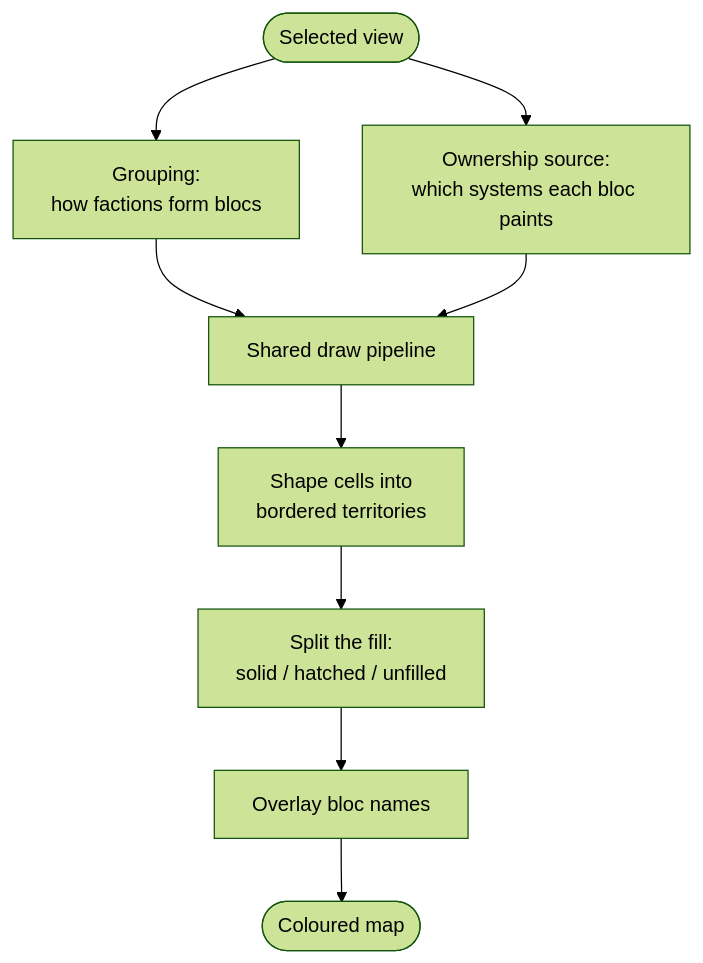
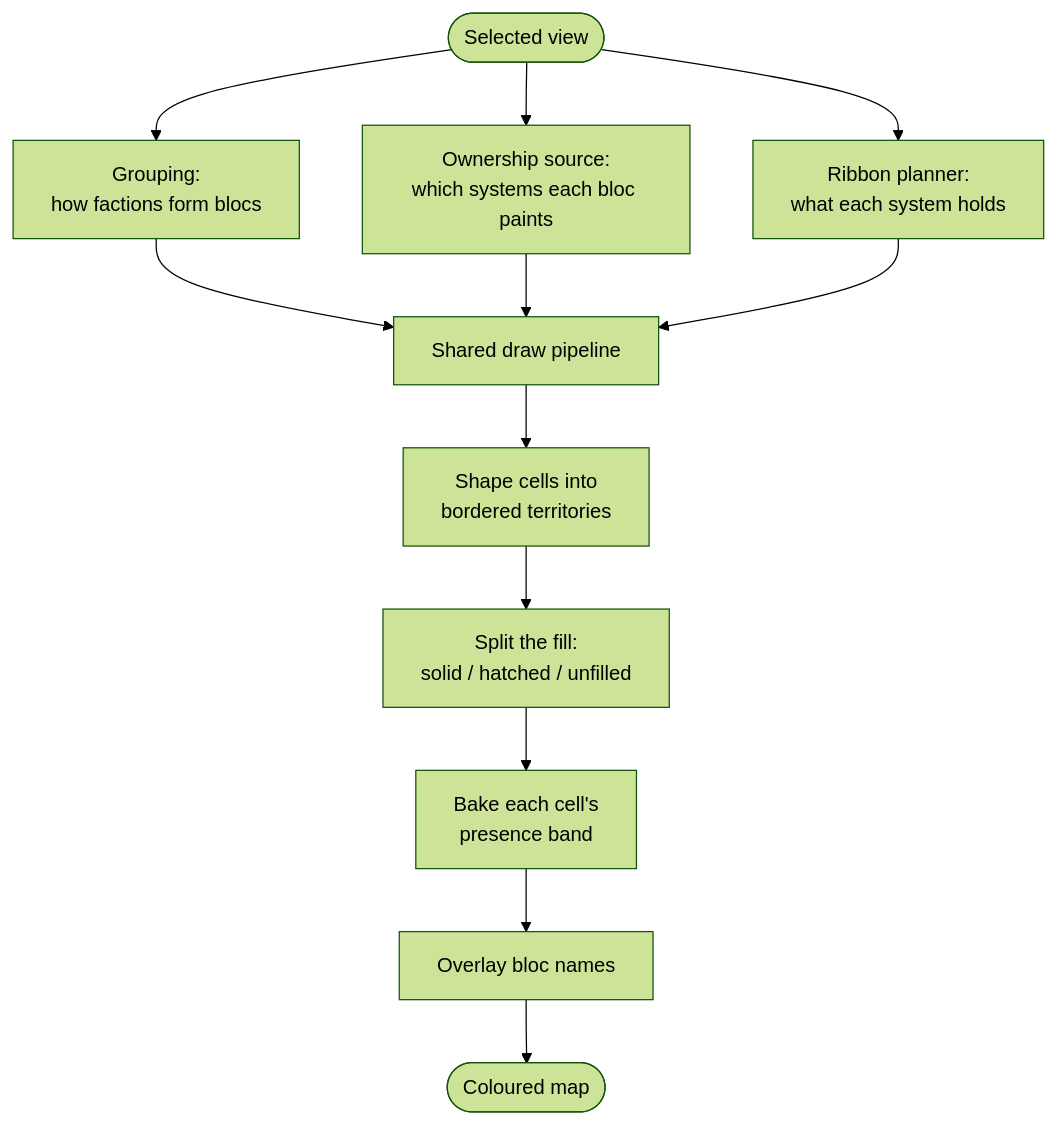
One commit to Klark-Morrigan/Starsector-Mod-KMU changed the diagram in src/main/java/kmu/maplayers/politicalmap/README.md. Above: the diagram before and after it, drawn with Mermaid (forest theme). The commit also changed other lines of this file and 34 other files, not shown here.

````diff
--- a/src/main/java/kmu/maplayers/politicalmap/README.md
+++ b/src/main/java/kmu/maplayers/politicalmap/README.md
@@ -100,11 +101,14 @@
 ```mermaid
 flowchart TD
     V([Selected view]) --> G[Grouping:<br/>how factions form blocs]
     V --> O[Ownership source:<br/>which systems each bloc paints]
+    V --> R[Ribbon planner:<br/>what each system holds]
     G --> PIPE[Shared draw pipeline]
     O --> PIPE
+    R --> PIPE
     PIPE --> S[Shape cells into<br/>bordered territories]
     S --> Fi[Split the fill:<br/>solid / hatched / unfilled]
-    Fi --> L[Overlay bloc names]
+    Fi --> B[Bake each cell's<br/>presence band]
+    B --> L[Overlay bloc names]
     L --> MAP([Coloured map])
 ```
````
